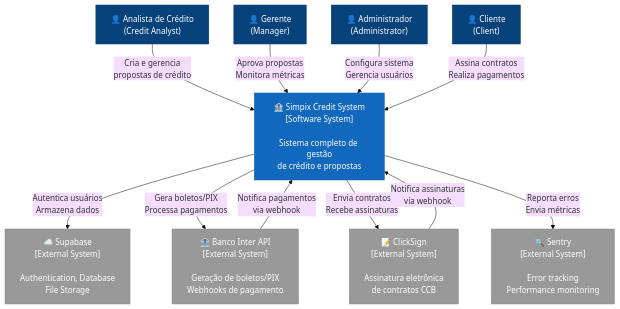
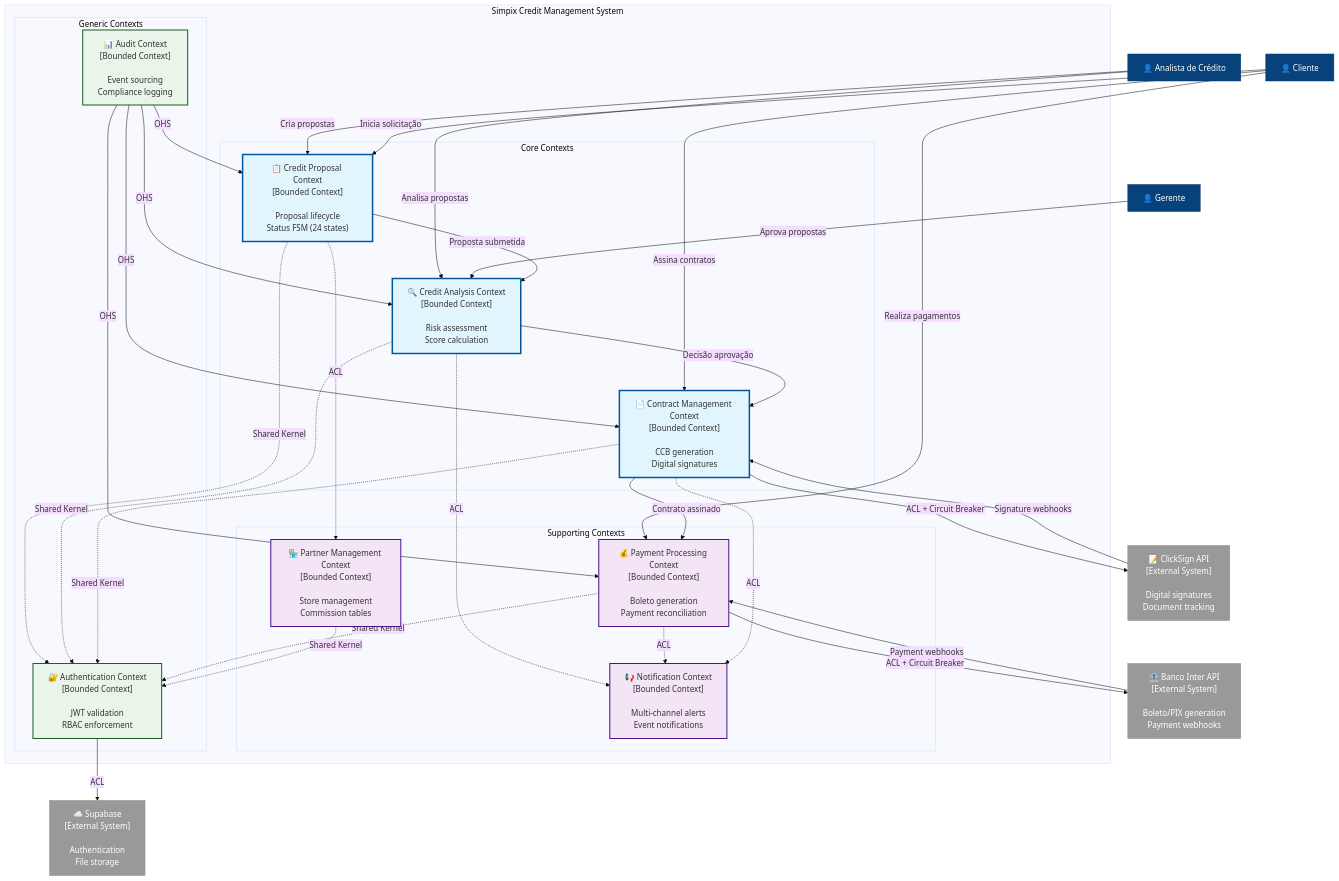
Before and after one commit to vapo643/SimHBSftwerdv: the diagram in architecture/09-c4-diagrams/c4-level1-context.md, drawn with Mermaid (base theme). The commit also changed other lines of this file and 20 other files, not shown here.

First line of the commit message:
Refine architectural diagrams to accurately reflect system design

````diff
--- a/architecture/09-c4-diagrams/c4-level1-context.md
+++ b/architecture/09-c4-diagrams/c4-level1-context.md
@@ -10,39 +10,80 @@
 ```mermaid
 graph TB
     %% Styling
     classDef person fill:#08427b,stroke:#073b6f,color:#fff
-    classDef system fill:#1168bd,stroke:#0e5ba6,color:#fff
+    classDef coreContext fill:#e1f5fe,stroke:#01579b,stroke-width:3px
+    classDef supportContext fill:#f3e5f5,stroke:#4a148c,stroke-width:2px
+    classDef genericContext fill:#e8f5e8,stroke:#1b5e20,stroke-width:2px
     classDef external fill:#999999,stroke:#898989,color:#fff
     
-    %% Actors
-    Analyst["👤 Analista de Crédito<br/>(Credit Analyst)"]:::person
-    Manager["👤 Gerente<br/>(Manager)"]:::person
-    Admin["👤 Administrador<br/>(Administrator)"]:::person
-    Client["👤 Cliente<br/>(Client)"]:::person
+    %% External Actors
+    Analyst["👤 Analista de Crédito"]:::person
+    Manager["👤 Gerente"]:::person
+    Client["👤 Cliente"]:::person
     
-    %% Main System
-    Simpix["🏦 Simpix Credit System<br/>[Software System]<br/><br/>Sistema completo de gestão<br/>de crédito e propostas"]:::system
+    %% Core System with Bounded Contexts (DDD Compliant)
+    subgraph "Simpix Credit Management System"
+        subgraph "Core Contexts"
+            CP["📋 Credit Proposal Context<br/>[Bounded Context]<br/><br/>Proposal lifecycle<br/>Status FSM (24 states)"]:::coreContext
+            CA["🔍 Credit Analysis Context<br/>[Bounded Context]<br/><br/>Risk assessment<br/>Score calculation"]:::coreContext
+            CM["📄 Contract Management Context<br/>[Bounded Context]<br/><br/>CCB generation<br/>Digital signatures"]:::coreContext
+        end
+        
+        subgraph "Supporting Contexts"
+            PP["💰 Payment Processing Context<br/>[Bounded Context]<br/><br/>Boleto generation<br/>Payment reconciliation"]:::supportContext
+            PM["🏪 Partner Management Context<br/>[Bounded Context]<br/><br/>Store management<br/>Commission tables"]:::supportContext
+            NM["📢 Notification Context<br/>[Bounded Context]<br/><br/>Multi-channel alerts<br/>Event notifications"]:::supportContext
+        end
+        
+        subgraph "Generic Contexts"
+            AUTH["🔐 Authentication Context<br/>[Bounded Context]<br/><br/>JWT validation<br/>RBAC enforcement"]:::genericContext
+            AUDIT["📊 Audit Context<br/>[Bounded Context]<br/><br/>Event sourcing<br/>Compliance logging"]:::genericContext
+        end
+    end
     
     %% External Systems
-    Supabase["☁️ Supabase<br/>[External System]<br/><br/>Authentication, Database<br/>File Storage"]:::external
+    ClickSign["📝 ClickSign API<br/>[External System]<br/><br/>Digital signatures<br/>Document tracking"]:::external
+    BancoInter["🏦 Banco Inter API<br/>[External System]<br/><br/>Boleto/PIX generation<br/>Payment webhooks"]:::external
+    Supabase["☁️ Supabase<br/>[External System]<br/><br/>Authentication<br/>File storage"]:::external
     
-    BancoInter["🏦 Banco Inter API<br/>[External System]<br/><br/>Geração de boletos/PIX<br/>Webhooks de pagamento"]:::external
+    %% Actor Interactions with Bounded Contexts
+    Analyst -->|"Analisa propostas"| CA
+    Analyst -->|"Cria propostas"| CP
+    Manager -->|"Aprova propostas"| CA
+    Client -->|"Inicia solicitação"| CP
+    Client -->|"Assina contratos"| CM
+    Client -->|"Realiza pagamentos"| PP
     
-    ClickSign["📝 ClickSign<br/>[External System]<br/><br/>Assinatura eletrônica<br/>de contratos CCB"]:::external
+    %% Core Context Dependencies (Customer/Supplier Pattern)
+    CP -->|"Proposta submetida"| CA
+    CA -->|"Decisão aprovação"| CM
+    CM -->|"Contrato assinado"| PP
     
-    Sentry["🔍 Sentry<br/>[External System]<br/><br/>Error tracking<br/>Performance monitoring"]:::external
+    %% Supporting Context Integration (ACL Pattern)
+    CP -.->|"ACL"| PM
+    CA -.->|"ACL"| NM
+    PP -.->|"ACL"| NM
+    CM -.->|"ACL"| NM
     
-    %% Relationships
-    Analyst -->|"Cria e gerencia<br/>propostas de crédito"| Simpix
-    Manager -->|"Aprova propostas<br/>Monitora métricas"| Simpix
-    Admin -->|"Configura sistema<br/>Gerencia usuários"| Simpix
-    Client -->|"Assina contratos<br/>Realiza pagamentos"| Simpix
+    %% Generic Context Dependencies (Shared Kernel)
+    CP -.->|"Shared Kernel"| AUTH
+    CA -.->|"Shared Kernel"| AUTH
+    CM -.->|"Shared Kernel"| AUTH
+    PP -.->|"Shared Kernel"| AUTH
+    PM -.->|"Shared Kernel"| AUTH
     
-    Simpix -->|"Autentica usuários<br/>Armazena dados"| Supabase
-    Simpix -->|"Gera boletos/PIX<br/>Processa pagamentos"| BancoInter
-    Simpix -->|"Envia contratos<br/>Recebe assinaturas"| ClickSign
-    Simpix -->|"Reporta erros<br/>Envia métricas"| Sentry
+    %% Audit Integration (Open Host Service)
+    AUDIT -->|"OHS"| CP
+    AUDIT -->|"OHS"| CA
+    AUDIT -->|"OHS"| CM
+    AUDIT -->|"OHS"| PP
     
-    BancoInter -->|"Notifica pagamentos<br/>via webhook"| Simpix
-    ClickSign -->|"Notifica assinaturas<br/>via webhook"| Simpix
+    %% External Integrations (ACL Pattern + Circuit Breakers)
+    CM -->|"ACL + Circuit Breaker"| ClickSign
+    PP -->|"ACL + Circuit Breaker"| BancoInter
+    AUTH -->|"ACL"| Supabase
+    
+    %% External System Responses
+    ClickSign -->|"Signature webhooks"| CM
+    BancoInter -->|"Payment webhooks"| PP
 ```
````
